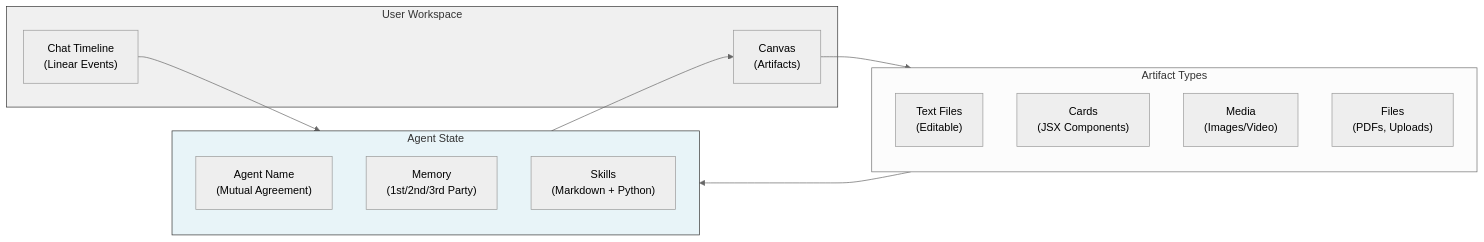
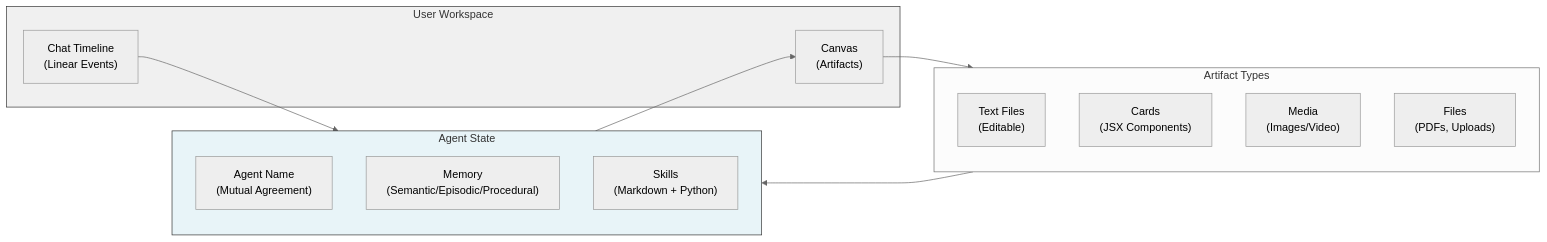
Before and after one commit to notwillk/thoughts: the second of 2 diagrams in prds/attache/README.md, drawn with Mermaid (neutral theme). The commit also changed other lines of this file and 2 other files, not shown here.

Commit message:
Add better memory terminology

````diff
--- a/prds/attache/README.md
+++ b/prds/attache/README.md
@@ -104,28 +104,28 @@
 ```mermaid
 flowchart LR
     subgraph Workspace["User Workspace"]
         Chat["Chat Timeline<br/>(Linear Events)"]
         Canvas["Canvas<br/>(Artifacts)"]
     end
 
     subgraph Artifacts["Artifact Types"]
         Text["Text Files<br/>(Editable)"]
         Card["Cards<br/>(JSX Components)"]
         Media["Media<br/>(Images/Video)"]
         File["Files<br/>(PDFs, Uploads)"]
     end
 
     subgraph AgentState["Agent State"]
         Name["Agent Name<br/>(Mutual Agreement)"]
-        Memory["Memory<br/>(1st/2nd/3rd Party)"]
+        Memory["Memory<br/>(Semantic/Episodic/Procedural)"]
         Skills["Skills<br/>(Markdown + Python)"]
     end
 
     Chat --> AgentState
     Canvas --> Artifacts
     AgentState --> Canvas
     Artifacts --> AgentState
 
     style Workspace fill:#f0f0f0,stroke:#333
     style AgentState fill:#e8f4f8,stroke:#333
 ```
````
